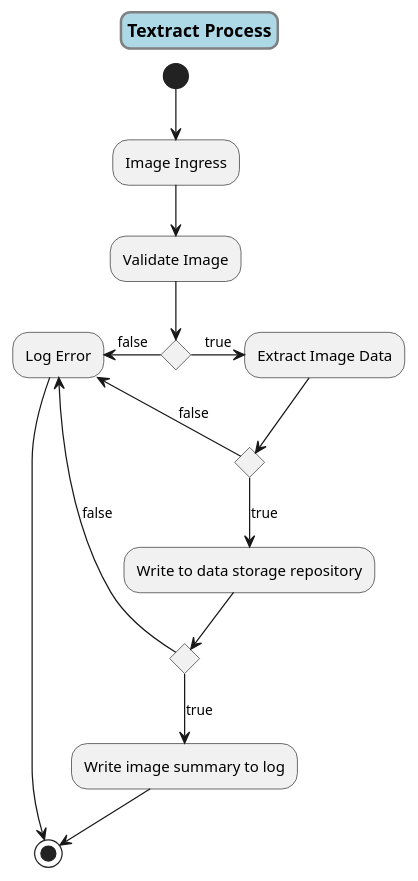
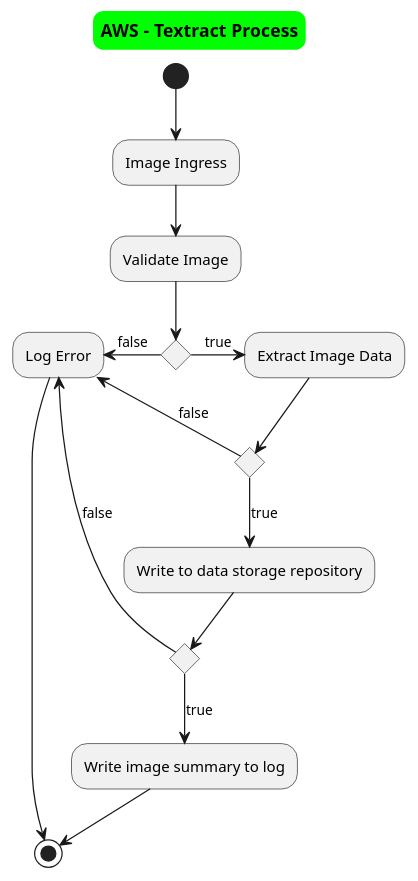
One commit to Les-Linux/com.elbicon.coderscampus.project changed the diagram in clsg/src/main/resources/markdown/plantuml/uc-AwsTextractProcess.puml. Above: the diagram before and after it, drawn with PlantUML. The commit also changed 1 other file, not shown here.

```diff
--- a/clsg/src/main/resources/markdown/plantuml/uc-AwsTextractProcess.puml
+++ b/clsg/src/main/resources/markdown/plantuml/uc-AwsTextractProcess.puml
@@ -1,27 +1,27 @@
 @startuml
 skinparam titleBorderRoundCorner 15
 skinparam titleBorderThickness 2
-skinparam titleBorderColor grey
-skinparam titleBackgroundColor lightblue
+skinparam titleBorderColor 00FF00
+skinparam titleBackgroundColor #00FF00
 skinparam sequenceMessageAlign center
-title Textract Process
+title AWS - Textract Process
     (*) --> "Image Ingress"
     "Image Ingress" --> "Validate Image"
     if "" then
       -right->[true] "Extract Image Data"
       if "" then
         -->[true] "Write to data storage repository"
         --> if "" then
                 -->[true] "Write image summary to log"
                 --> (*)
             else
                 -left->[false] "Log Error"
             endif
       else
         -left->[false] "Log Error"
       endif
     else
             -left->[false] "Log Error"
             --> (*)
     endif
 @enduml
```
